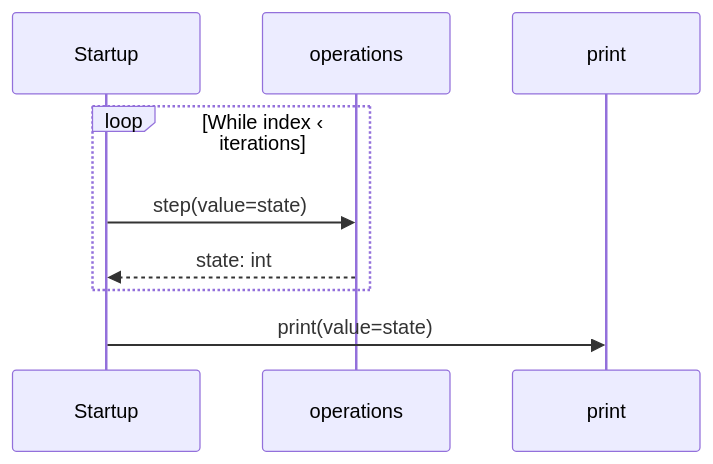
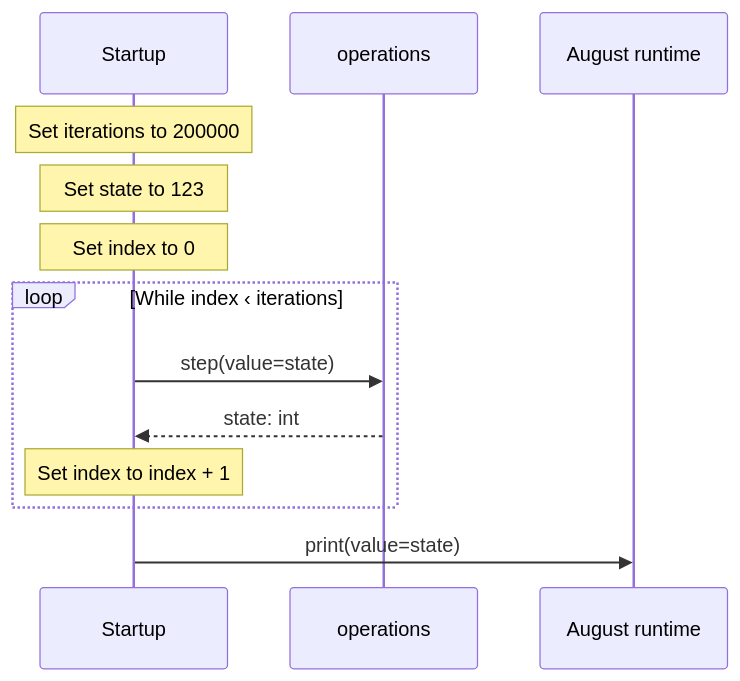
One commit to GreenPandaStudios/augscript changed the diagram in benchmarks/calls/main.aug.diagrams.md. Above: the diagram before and after it, drawn with Mermaid. The commit also changed other lines of this file and 304 other files, not shown here.

Commit message:
Make generated data-flow sequences concise and review every diagram

````diff
--- a/benchmarks/calls/main.aug.diagrams.md
+++ b/benchmarks/calls/main.aug.diagrams.md
@@ -30,11 +18,15 @@
 ```mermaid
 sequenceDiagram
     participant p0 as Startup
     participant p1 as operations
-    participant p2 as print
+    participant p2 as August runtime
+    Note over p0: Set iterations to 200000
+    Note over p0: Set state to 123
+    Note over p0: Set index to 0
     loop While index ‹ iterations
     p0->>p1: step(value=state)
     p1-->>p0: state: int
+    Note over p0: Set index to index + 1
     end
     p0->>p2: print(value=state)
 ```
````
